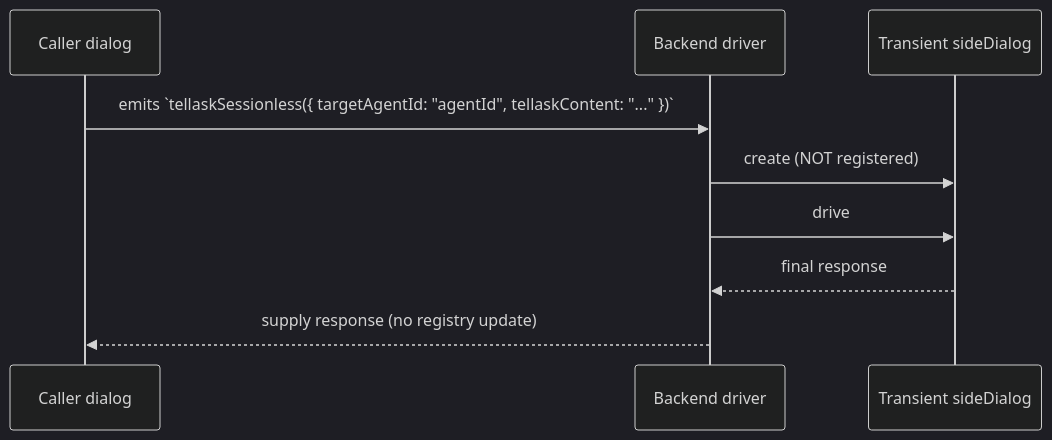
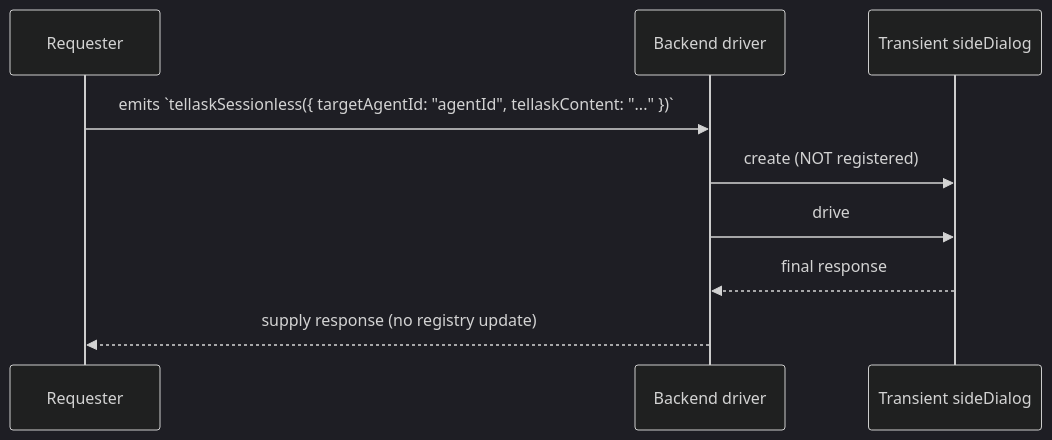
One commit to longrun-ai/dominds changed diagram 13 of 18 in docs/dialog-system.md. Above: the diagram before and after it, drawn with Mermaid (dark theme). The commit also changed other lines of this file and 105 other files, not shown here.

````diff
--- a/docs/dialog-system.md
+++ b/docs/dialog-system.md
@@ -1308,12 +1302,12 @@
 ```mermaid
 sequenceDiagram
-  participant Caller as Caller dialog
+  participant Requester as Requester
   participant Driver as Backend driver
   participant Side as Transient sideDialog
 
-  Caller->>Driver: emits `tellaskSessionless({ targetAgentId: "agentId", tellaskContent: "..." })`
+  Requester->>Driver: emits `tellaskSessionless({ targetAgentId: "agentId", tellaskContent: "..." })`
   Driver->>Side: create (NOT registered)
   Driver->>Side: drive
   Side-->>Driver: final response
-  Driver-->>Caller: supply response (no registry update)
+  Driver-->>Requester: supply response (no registry update)
 ```
````
